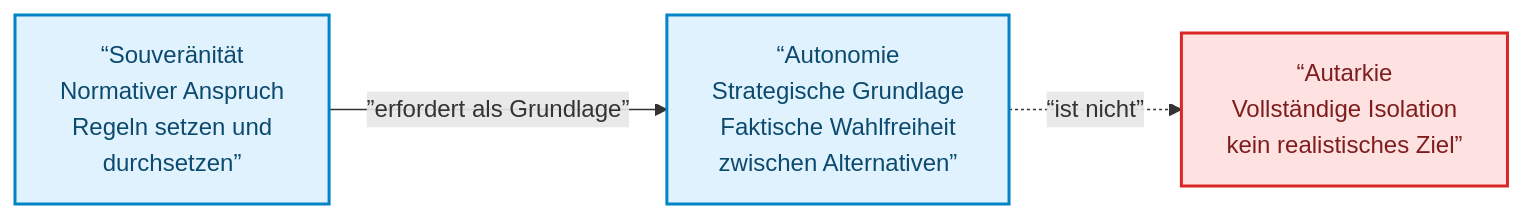
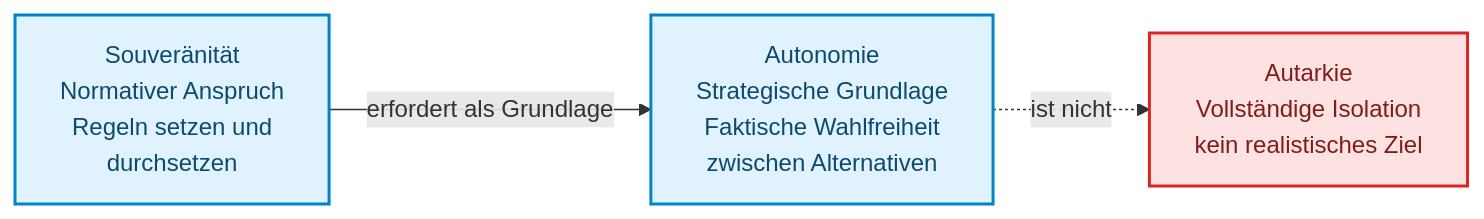
The second of 2 diagrams in docs/12-regulatorik-verantwortung/digitale-souveraenitaet.md (ralf-42/GenAI), drawn with Mermaid before and after one commit. The commit also changed other lines of this file and 7 other files, not shown here.

````diff
--- a/docs/12-regulatorik-verantwortung/digitale-souveraenitaet.md
+++ b/docs/12-regulatorik-verantwortung/digitale-souveraenitaet.md
@@ -80,14 +80,14 @@
 ```mermaid
 graph LR
-    S[“Souveränität<br/>Normativer Anspruch<br/>Regeln setzen und<br/>durchsetzen”]
-    A[“Autonomie<br/>Strategische Grundlage<br/>Faktische Wahlfreiheit<br/>zwischen Alternativen”]
-    X[“Autarkie<br/>Vollständige Isolation<br/>kein realistisches Ziel”]
+    S["Souveränität<br/>Normativer Anspruch<br/>Regeln setzen und<br/>durchsetzen"]
+    A["Autonomie<br/>Strategische Grundlage<br/>Faktische Wahlfreiheit<br/>zwischen Alternativen"]
+    X["Autarkie<br/>Vollständige Isolation<br/>kein realistisches Ziel"]
 
-    S -->|”erfordert als Grundlage”| A
-    A -. “ist nicht” .-> X
+    S -->|"erfordert als Grundlage"| A
+    A -. "ist nicht" .-> X
 
 %% Funktionsfarben nach Mermaid_Best_Practices.md
 classDef default fill:#e0f2fe,stroke:#0284c7,stroke-width:2px,color:#0c4a6e;
 classDef stop fill:#fee2e2,stroke:#dc2626,stroke-width:2px,color:#7f1d1d;
 class X stop;
 ```
````
